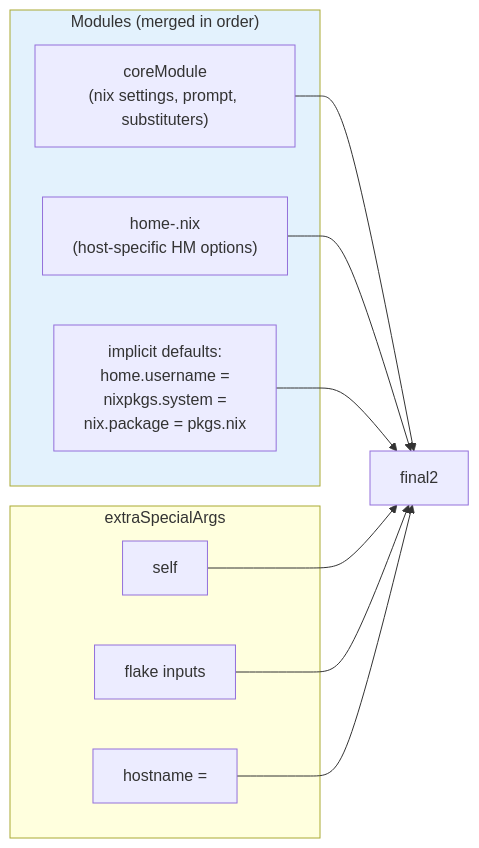
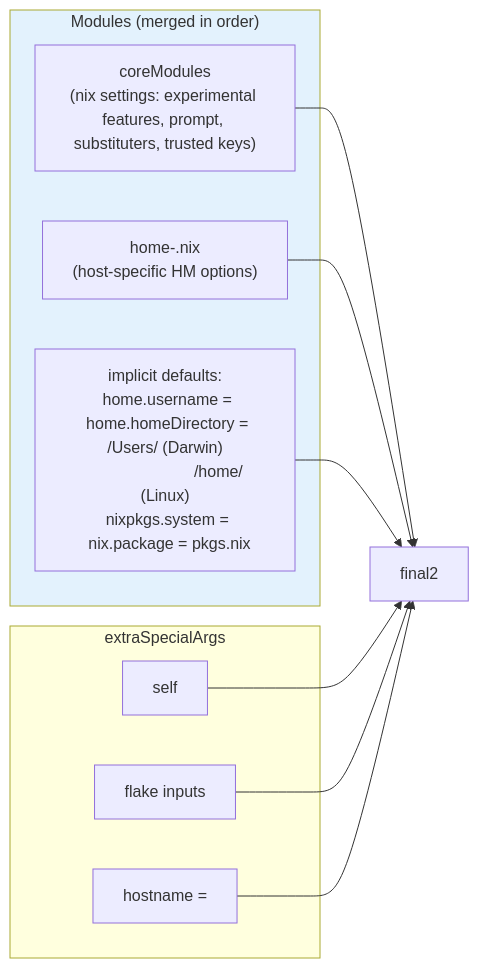
Before and after one commit to WombatFromHell/automatic-palm-tree: the fifth of 6 diagrams in DESIGN.md, drawn with Mermaid. The commit also changed other lines of this file and 14 other files, not shown here.

````diff
--- a/DESIGN.md
+++ b/DESIGN.md
@@ -189,20 +177,20 @@
 ```mermaid
 flowchart LR
     subgraph M2["Modules (merged in order)"]
-        coreMod2["coreModule\n(nix settings, prompt, substituters)"]
+        coreMod2["coreModules\n(nix settings: experimental features, prompt, substituters, trusted keys)"]
         homeHost["home-<user>.nix\n(host-specific HM options)"]
-        defaults["implicit defaults:\n  home.username = <user>\n  nixpkgs.system = <system>\n  nix.package = pkgs.nix"]
+        defaults["implicit defaults:\n  home.username = <user>\n  home.homeDirectory = /Users/<user> (Darwin)\n                         /home/<user> (Linux)\n  nixpkgs.system = <system>\n  nix.package = pkgs.nix"]
     end
     subgraph SA2["extraSpecialArgs"]
         self2["self"]
         inputs2["flake inputs"]
         hostname2["hostname = <host>"]
     end
     coreMod2 --> final2
     homeHost --> final2
     defaults --> final2
     self2 --> final2
     inputs2 --> final2
     hostname2 --> final2
     style M2 fill:#e3f2fd
 ```
````
